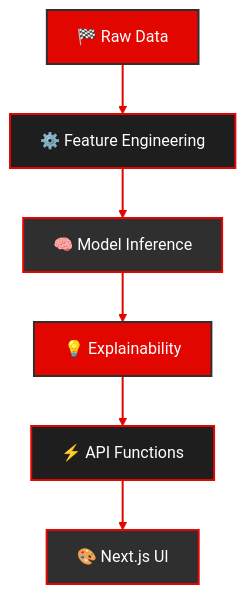
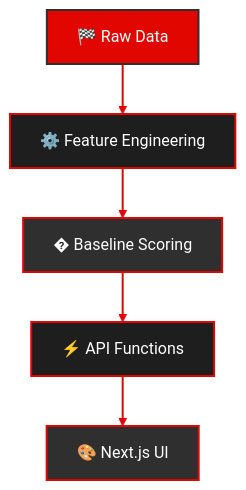
The diagram in README.md (prateekmulye/f1-agent), drawn with Mermaid before and after one commit. The commit also changed other lines of this file and 25 other files, not shown here.

````diff
--- a/README.md
+++ b/README.md
@@ -46,17 +45,15 @@
 ```mermaid
 graph TD
-    A[🏁 Raw Data] --> B[⚙️ Feature Engineering]
-    B --> C[🧠 Model Inference]
-    C --> D[💡 Explainability]
-    D --> E[⚡ API Functions]
-    E --> F[🎨 Next.js UI]
+  A[🏁 Raw Data] --> B[⚙️ Feature Engineering]
+  B --> C[� Baseline Scoring]
+  C --> D[⚡ API Functions]
+  D --> E[🎨 Next.js UI]
     
     style A fill:#E10600,stroke:#2F2F2F,stroke-width:2px,color:#FFFFFF
     style B fill:#1E1E1E,stroke:#E10600,stroke-width:2px,color:#FFFFFF
-    style C fill:#2F2F2F,stroke:#E10600,stroke-width:2px,color:#FFFFFF
-    style D fill:#E10600,stroke:#2F2F2F,stroke-width:2px,color:#FFFFFF
-    style E fill:#1E1E1E,stroke:#E10600,stroke-width:2px,color:#FFFFFF
-    style F fill:#2F2F2F,stroke:#E10600,stroke-width:2px,color:#FFFFFF
+  style C fill:#2F2F2F,stroke:#E10600,stroke-width:2px,color:#FFFFFF
+  style D fill:#1E1E1E,stroke:#E10600,stroke-width:2px,color:#FFFFFF
+  style E fill:#2F2F2F,stroke:#E10600,stroke-width:2px,color:#FFFFFF
     
     linkStyle default stroke:#E10600,stroke-width:2px
 ```
````
